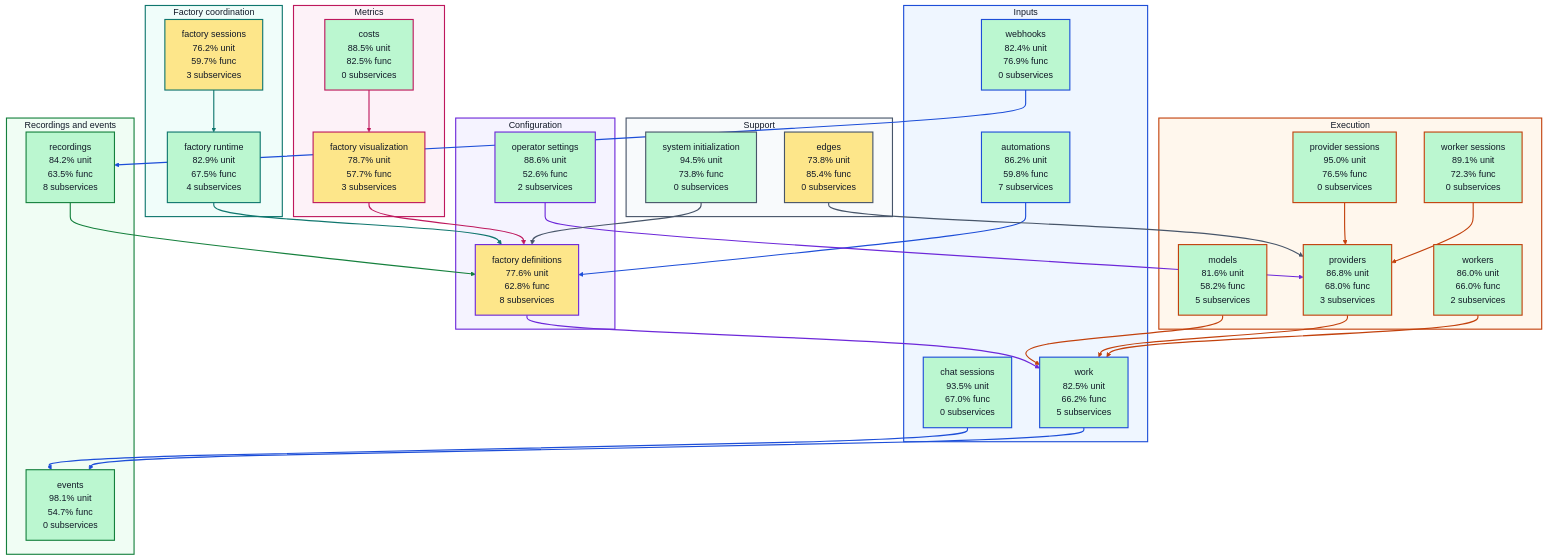
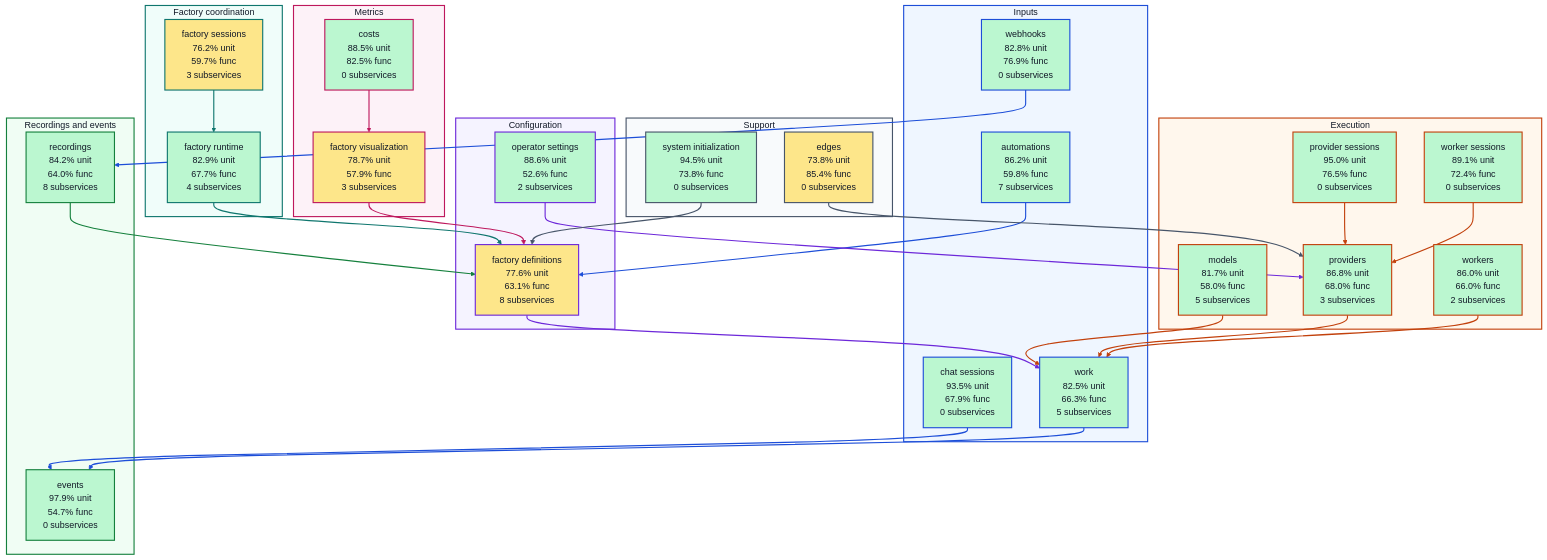
The diagram in docs/architecture/visualizations/high-level-test-coverage.md (portpowered/you-agent-factory), drawn with Mermaid before and after one commit. The commit also changed other lines of this file and 20 other files, not shown here.

Commit message:
docs: refresh backend architecture visualizations

```diff
--- a/docs/architecture/visualizations/high-level-test-coverage.md
+++ b/docs/architecture/visualizations/high-level-test-coverage.md
@@ -12,32 +12,32 @@
 flowchart TB
   subgraph input["Inputs"]
     s_services_automations["automations<br/>86.2% unit<br/>59.8% func<br/>7 subservices"]
-    s_services_chat_sessions["chat sessions<br/>93.5% unit<br/>67.0% func<br/>0 subservices"]
-    s_services_webhooks["webhooks<br/>82.4% unit<br/>76.9% func<br/>0 subservices"]
-    s_services_work["work<br/>82.5% unit<br/>66.2% func<br/>5 subservices"]
+    s_services_chat_sessions["chat sessions<br/>93.5% unit<br/>67.9% func<br/>0 subservices"]
+    s_services_webhooks["webhooks<br/>82.8% unit<br/>76.9% func<br/>0 subservices"]
+    s_services_work["work<br/>82.5% unit<br/>66.3% func<br/>5 subservices"]
   end
   subgraph configuration["Configuration"]
-    s_services_factory_definitions["factory definitions<br/>77.6% unit<br/>62.8% func<br/>8 subservices"]
+    s_services_factory_definitions["factory definitions<br/>77.6% unit<br/>63.1% func<br/>8 subservices"]
     s_services_operator_settings["operator settings<br/>88.6% unit<br/>52.6% func<br/>2 subservices"]
   end
   subgraph coordination["Factory coordination"]
-    s_services_factory_runtime["factory runtime<br/>82.9% unit<br/>67.5% func<br/>4 subservices"]
+    s_services_factory_runtime["factory runtime<br/>82.9% unit<br/>67.7% func<br/>4 subservices"]
     s_services_factory_sessions["factory sessions<br/>76.2% unit<br/>59.7% func<br/>3 subservices"]
   end
   subgraph execution["Execution"]
-    s_services_models["models<br/>81.6% unit<br/>58.2% func<br/>5 subservices"]
+    s_services_models["models<br/>81.7% unit<br/>58.0% func<br/>5 subservices"]
     s_services_provider_sessions["provider sessions<br/>95.0% unit<br/>76.5% func<br/>0 subservices"]
     s_services_providers["providers<br/>86.8% unit<br/>68.0% func<br/>3 subservices"]
-    s_services_worker_sessions["worker sessions<br/>89.1% unit<br/>72.3% func<br/>0 subservices"]
+    s_services_worker_sessions["worker sessions<br/>89.1% unit<br/>72.4% func<br/>0 subservices"]
     s_services_workers["workers<br/>86.0% unit<br/>66.0% func<br/>2 subservices"]
   end
   subgraph recordings["Recordings and events"]
-    s_services_events["events<br/>98.1% unit<br/>54.7% func<br/>0 subservices"]
-    s_services_recordings["recordings<br/>84.2% unit<br/>63.5% func<br/>8 subservices"]
+    s_services_events["events<br/>97.9% unit<br/>54.7% func<br/>0 subservices"]
+    s_services_recordings["recordings<br/>84.2% unit<br/>64.0% func<br/>8 subservices"]
   end
   subgraph metrics["Metrics"]
     s_services_costs["costs<br/>88.5% unit<br/>82.5% func<br/>0 subservices"]
-    s_services_factory_visualization["factory visualization<br/>78.7% unit<br/>57.7% func<br/>3 subservices"]
+    s_services_factory_visualization["factory visualization<br/>78.7% unit<br/>57.9% func<br/>3 subservices"]
   end
   subgraph support["Support"]
     s_services_edges["edges<br/>73.8% unit<br/>85.4% func<br/>0 subservices"]
```
